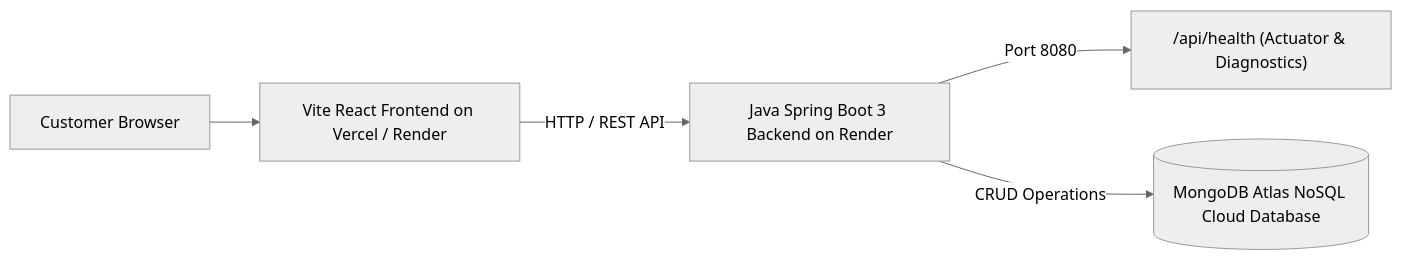
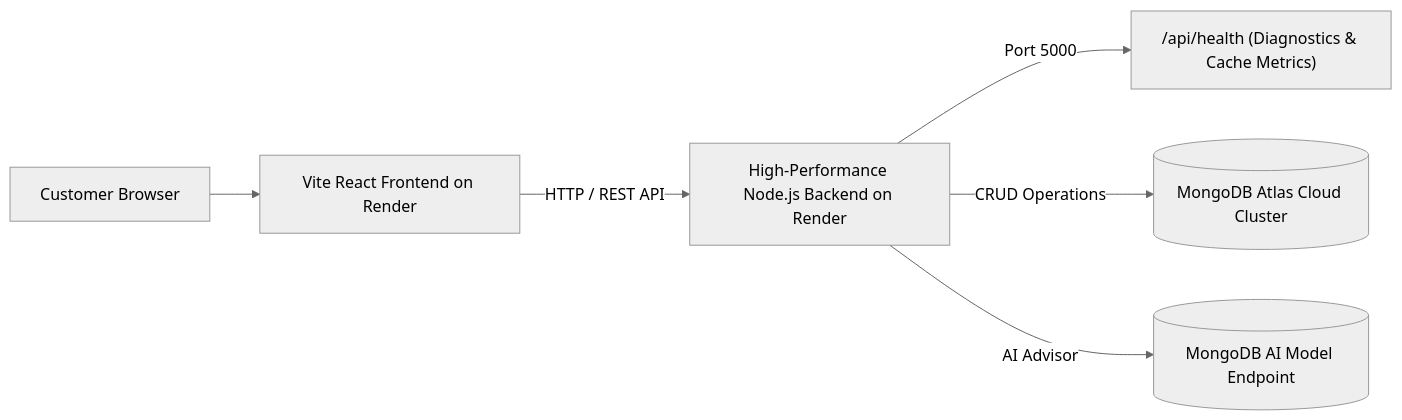
The diagram in RENDER_DEPLOY_GUIDE.md (MrVishalKuriya/OMEGA-Stationery), drawn with Mermaid (neutral theme) before and after one commit. The commit also changed other lines of this file and 98 other files, not shown here.

````diff
--- a/RENDER_DEPLOY_GUIDE.md
+++ b/RENDER_DEPLOY_GUIDE.md
@@ -9,7 +9,8 @@
 ```mermaid
 graph LR
-    User[Customer Browser] --> Frontend[Vite React Frontend on Vercel / Render]
-    Frontend -- HTTP / REST API --> Backend[Java Spring Boot 3 Backend on Render]
-    Backend -- Port 8080 --> Health["/api/health (Actuator & Diagnostics)"]
-    Backend -- CRUD Operations --> Mongo[(MongoDB Atlas NoSQL Cloud Database)]
+    User[Customer Browser] --> Frontend[Vite React Frontend on Render]
+    Frontend -- HTTP / REST API --> Backend[High-Performance Node.js Backend on Render]
+    Backend -- Port 5000 --> Health["/api/health (Diagnostics & Cache Metrics)"]
+    Backend -- CRUD Operations --> Mongo[(MongoDB Atlas Cloud Cluster)]
+    Backend -- AI Advisor --> AI[(MongoDB AI Model Endpoint)]
 ```
````
